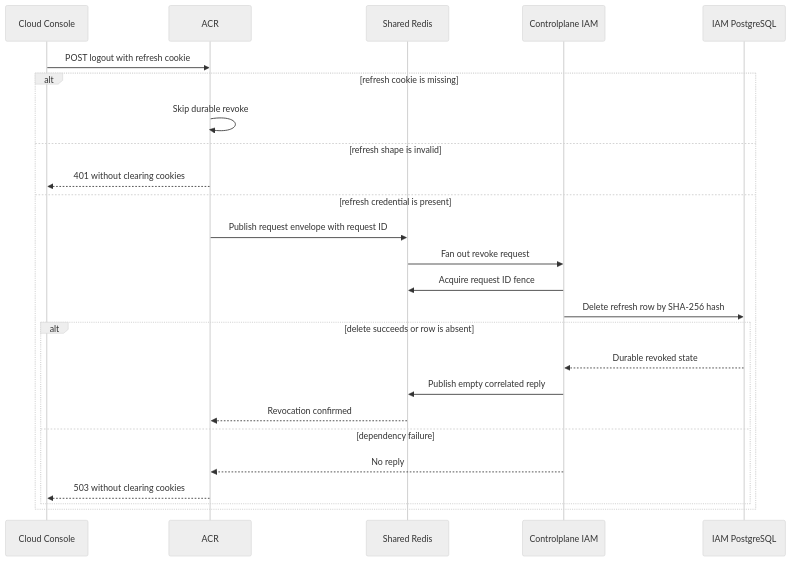
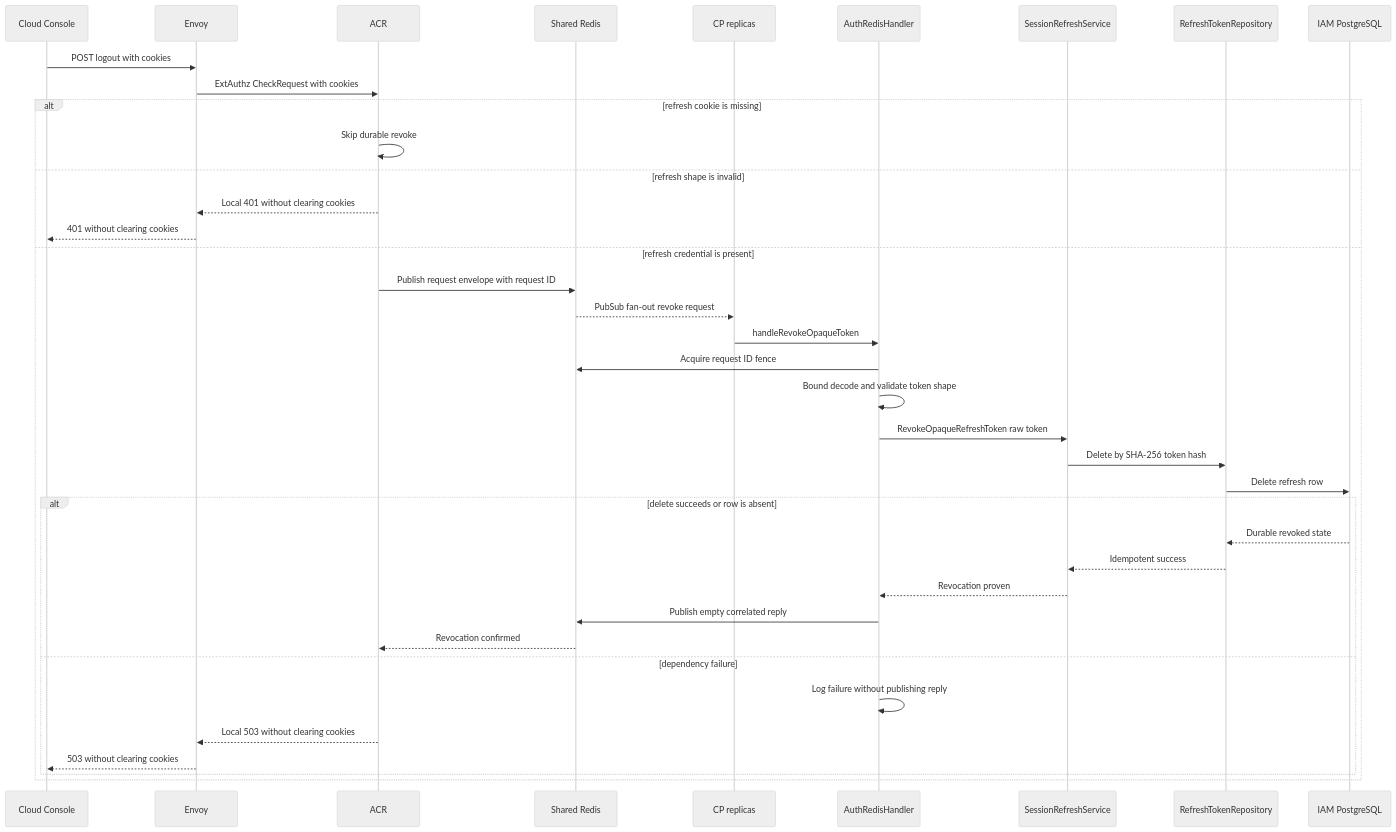
One commit to phucle996/aurora changed the first of 3 diagrams in god_view/iam/user_logout_god_view_workflow.md. Above: the diagram before and after it, drawn with Mermaid (neutral theme). The commit also changed other lines of this file and 165 other files, not shown here.

````diff
--- a/god_view/iam/user_logout_god_view_workflow.md
+++ b/god_view/iam/user_logout_god_view_workflow.md
@@ -71,28 +83,41 @@
 ```mermaid
 sequenceDiagram
     participant UI as Cloud Console
+    participant E as Envoy
     participant A as ACR
     participant SR as Shared Redis
-    participant IAM as Controlplane IAM
+    participant CP as CP replicas
+    participant H as AuthRedisHandler
+    participant S as SessionRefreshService
+    participant Repo as RefreshTokenRepository
     participant DB as IAM PostgreSQL
 
-    UI->>A: POST logout with refresh cookie
+    UI->>E: POST logout with cookies
+    E->>A: ExtAuthz CheckRequest with cookies
     alt refresh cookie is missing
         A->>A: Skip durable revoke
     else refresh shape is invalid
-        A-->>UI: 401 without clearing cookies
+        A-->>E: Local 401 without clearing cookies
+        E-->>UI: 401 without clearing cookies
     else refresh credential is present
         A->>SR: Publish request envelope with request ID
-        SR->>IAM: Fan out revoke request
-        IAM->>SR: Acquire request ID fence
-        IAM->>DB: Delete refresh row by SHA-256 hash
+        SR-->>CP: PubSub fan-out revoke request
+        CP->>H: handleRevokeOpaqueToken
+        H->>SR: Acquire request ID fence
+        H->>H: Bound decode and validate token shape
+        H->>S: RevokeOpaqueRefreshToken raw token
+        S->>Repo: Delete by SHA-256 token hash
+        Repo->>DB: Delete refresh row
         alt delete succeeds or row is absent
-            DB-->>IAM: Durable revoked state
-            IAM->>SR: Publish empty correlated reply
+            DB-->>Repo: Durable revoked state
+            Repo-->>S: Idempotent success
+            S-->>H: Revocation proven
+            H->>SR: Publish empty correlated reply
             SR-->>A: Revocation confirmed
         else dependency failure
-            IAM-->>A: No reply
-            A-->>UI: 503 without clearing cookies
+            H->>H: Log failure without publishing reply
+            A-->>E: Local 503 without clearing cookies
+            E-->>UI: 503 without clearing cookies
         end
     end
 ```
````
